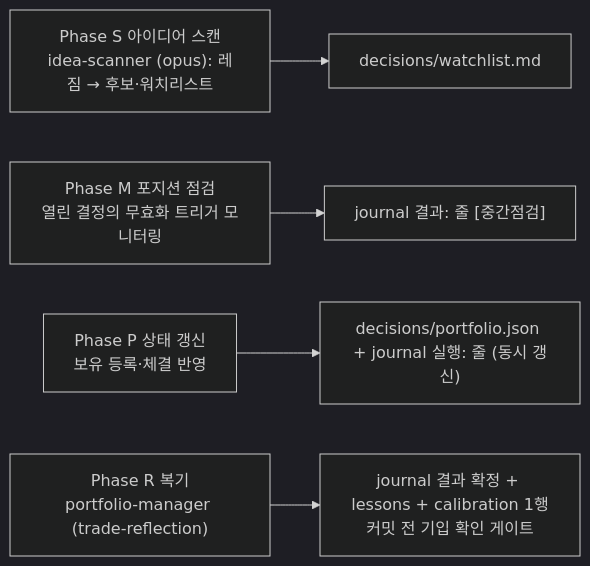
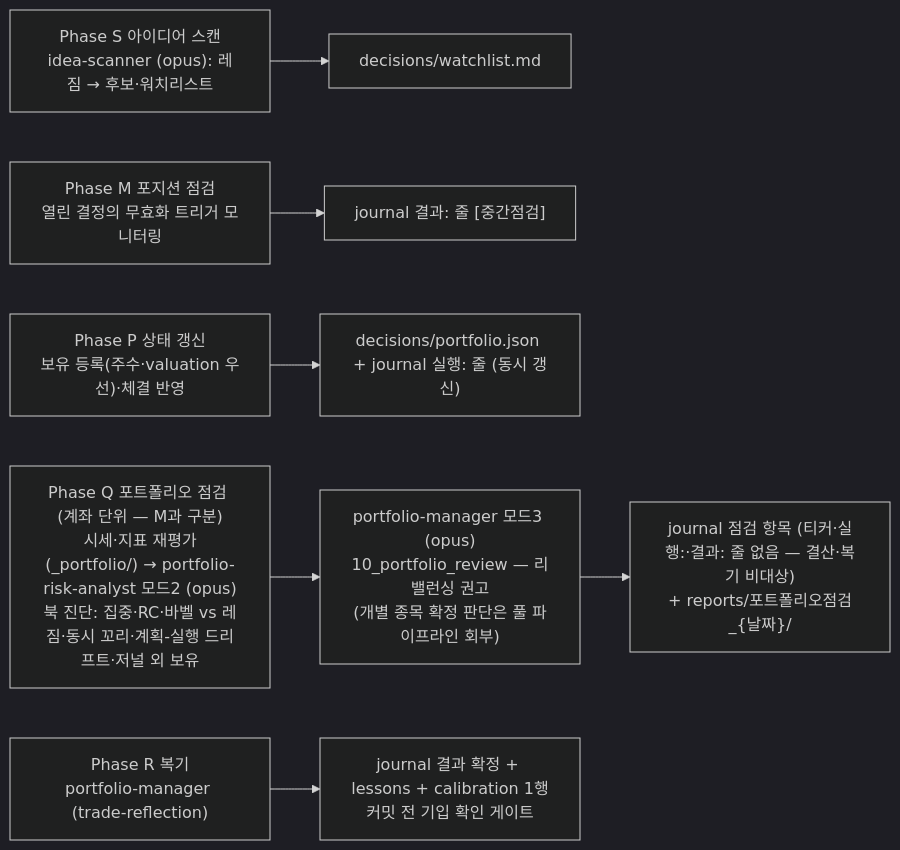
Before and after one commit to radioman45/trading-agent: the second of 5 diagrams in docs/harness-architecture.md, drawn with Mermaid (dark theme).

Commit message:
문서: 하네스 조감도 Phase Q 노드 추가 — 별도 진입 모드에 포트폴리오 점검(PRA 모드2 → PM 모드3 → 저널·reports) 반영
Claude-Session: https://claude.ai/code/session_01VWP9ckdm3mESqXFvF397ZG

````diff
--- a/docs/harness-architecture.md
+++ b/docs/harness-architecture.md
@@ -56,7 +56,9 @@
 ```mermaid
 flowchart LR
   S["Phase S 아이디어 스캔<br/>idea-scanner (opus): 레짐 → 후보·워치리스트"] --> WLF["decisions/watchlist.md"]
   M["Phase M 포지션 점검<br/>열린 결정의 무효화 트리거 모니터링"] --> JR["journal 결과: 줄 [중간점검]"]
-  P["Phase P 상태 갱신<br/>보유 등록·체결 반영"] --> PJ["decisions/portfolio.json + journal 실행: 줄 (동시 갱신)"]
+  P["Phase P 상태 갱신<br/>보유 등록(주수·valuation 우선)·체결 반영"] --> PJ["decisions/portfolio.json + journal 실행: 줄 (동시 갱신)"]
+  Q["Phase Q 포트폴리오 점검 (계좌 단위 — M과 구분)<br/>시세·지표 재평가(_portfolio/) → portfolio-risk-analyst 모드2 (opus)<br/>북 진단: 집중·RC·바벨 vs 레짐·동시 꼬리·계획-실행 드리프트·저널 외 보유"] --> QPM["portfolio-manager 모드3 (opus)<br/>10_portfolio_review — 리밸런싱 권고<br/>(개별 종목 확정 판단은 풀 파이프라인 회부)"]
+  QPM --> QJ["journal 점검 항목 (티커·실행:·결과: 줄 없음 — 결산·복기 비대상)<br/>+ reports/포트폴리오점검_{날짜}/"]
   R["Phase R 복기<br/>portfolio-manager (trade-reflection)"] --> LC["journal 결과 확정 + lessons + calibration 1행<br/>커밋 전 기입 확인 게이트"]
 ```
````
